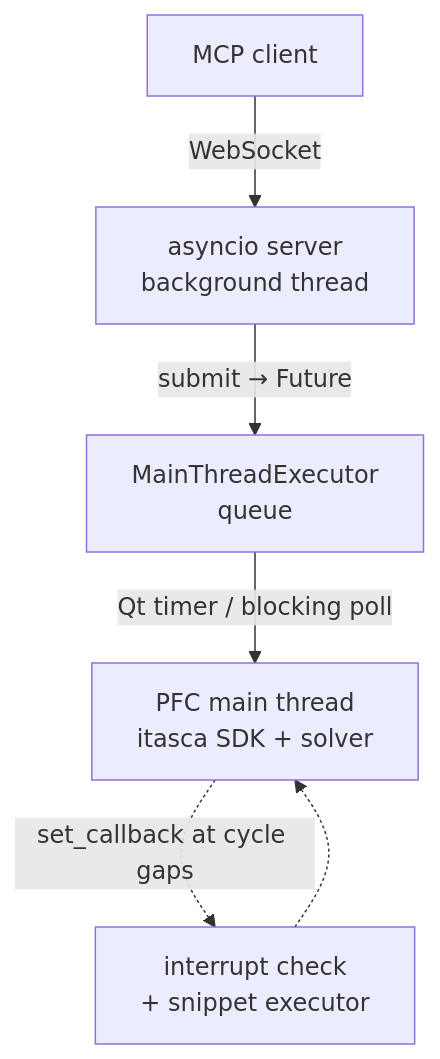
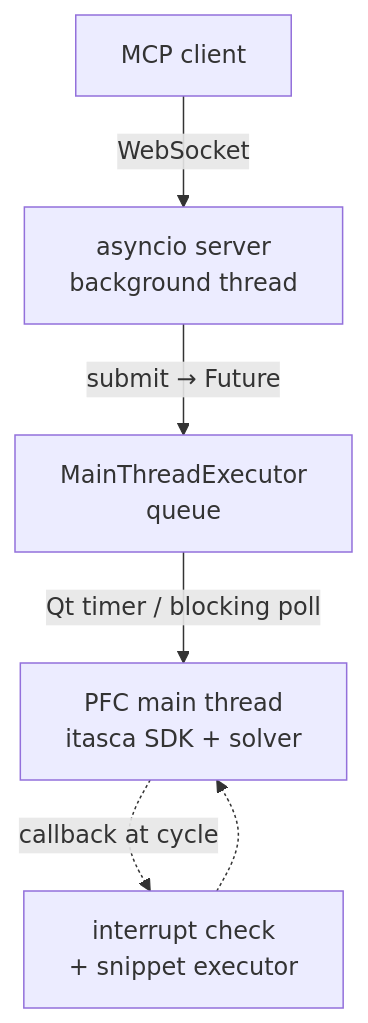
Before and after one commit to yusong652/itasca-mcp-bridge: the diagram in README.md, drawn with Mermaid. The commit also changed 1 other file, not shown here.

Commit message:
docs: correct architecture diagram callback label
The diagram labelled the cycle callbacks "set_callback at cycle gaps",
which misstated when they fire. The interrupt check and snippet executor
are registered at a fixed point in the cycling sequence and fire once per
cycle (callback at cycle), not in the gaps between cycles. Updated the
label in both READMEs (EN: "callback at cycle"; zh-CN: "每周期回调").

````diff
--- a/README.md
+++ b/README.md
@@ -34,8 +34,8 @@
 ```mermaid
 flowchart TD
     C[MCP client] -->|WebSocket| S[asyncio server<br/>background thread]
     S -->|submit → Future| Q[MainThreadExecutor<br/>queue]
     Q -->|Qt timer / blocking poll| M[PFC main thread<br/>itasca SDK + solver]
-    M -.->|set_callback at cycle gaps| CB[interrupt check<br/>+ snippet executor]
+    M -.->|callback at cycle| CB[interrupt check<br/>+ snippet executor]
     CB -.-> M
 ```
````
